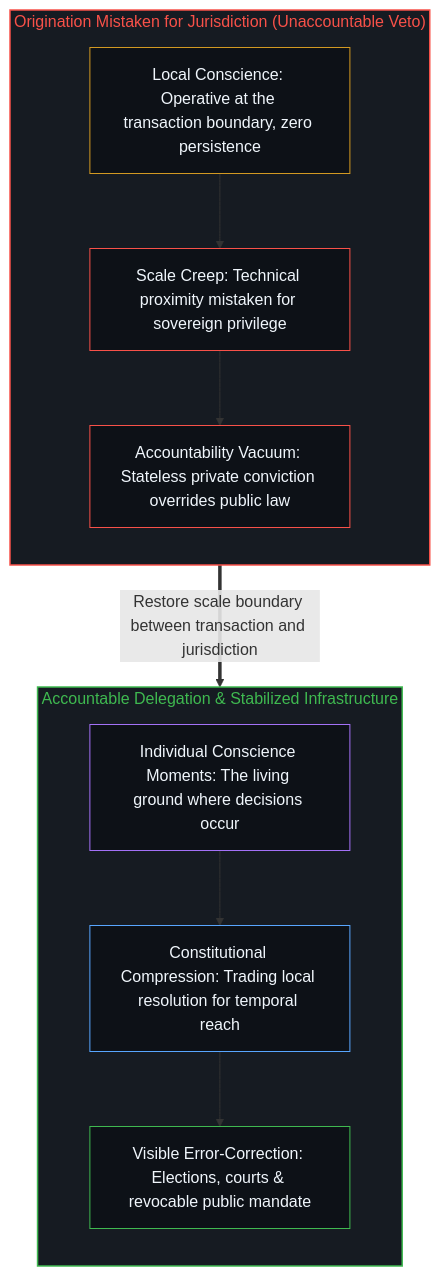
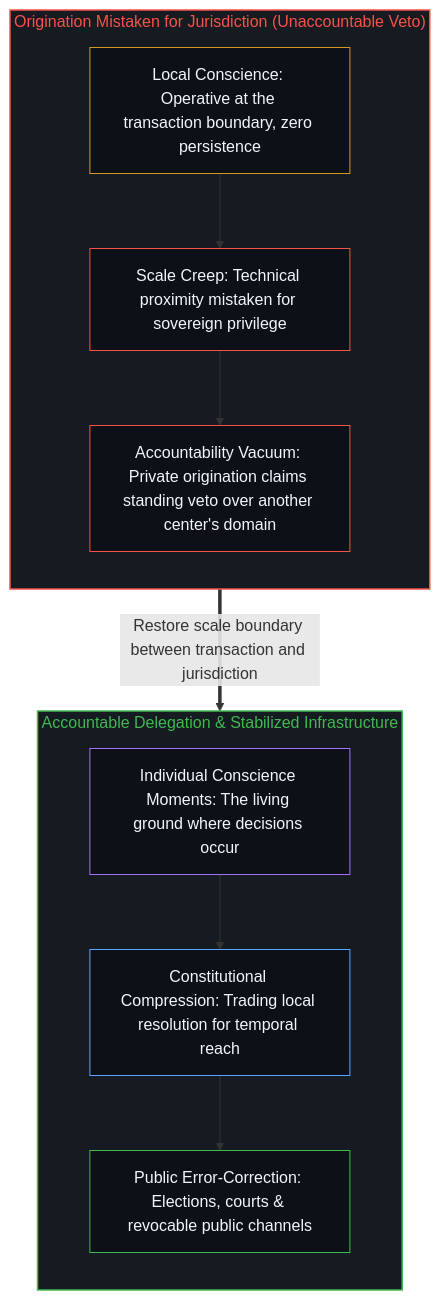
The second of 2 diagrams in content/posts/conscience-power-delegation.md (powerpig99/not-a-toe), drawn with Mermaid before and after one commit. The commit also changed other lines of this file and 7 other files, not shown here.

````diff
--- a/content/posts/conscience-power-delegation.md
+++ b/content/posts/conscience-power-delegation.md
@@ -74,26 +74,26 @@
 ```mermaid
 flowchart TD
     subgraph S_Orig["Origination Mistaken for Jurisdiction (Unaccountable Veto)"]
         direction TB
         O_Local["Local Conscience: Operative at the transaction boundary, zero persistence"]
         O_Creep["Scale Creep: Technical proximity mistaken for sovereign privilege"]
-        O_Vacuum["Accountability Vacuum: Stateless private conviction overrides public law"]
+        O_Vacuum["Accountability Vacuum: Private origination claims standing veto over another center's domain"]
         O_Local --> O_Creep --> O_Vacuum
     end
     subgraph S_Deleg["Accountable Delegation & Stabilized Infrastructure"]
         direction TB
         D_Ground["Individual Conscience Moments: The living ground where decisions occur"]
         D_Compress["Constitutional Compression: Trading local resolution for temporal reach"]
-        D_Correct["Visible Error-Correction: Elections, courts & revocable public mandate"]
+        D_Correct["Public Error-Correction: Elections, courts & revocable public channels"]
         D_Ground --> D_Compress --> D_Correct
     end
     O_Vacuum ==>|"Restore scale boundary between transaction and jurisdiction"| D_Ground
     style S_Orig fill:#161b22,stroke:#f85149,stroke-width:1.5px,color:#f85149
     style S_Deleg fill:#161b22,stroke:#3fb950,stroke-width:1.5px,color:#3fb950
     style O_Local fill:#0d1117,stroke:#d29922,stroke-width:1px,color:#f0f6fc
     style O_Creep fill:#0d1117,stroke:#f85149,stroke-width:1px,color:#f0f6fc
     style O_Vacuum fill:#0d1117,stroke:#f85149,stroke-width:1px,color:#f0f6fc
     style D_Ground fill:#0d1117,stroke:#a371f7,stroke-width:1px,color:#f0f6fc
     style D_Compress fill:#0d1117,stroke:#58a6ff,stroke-width:1px,color:#f0f6fc
     style D_Correct fill:#0d1117,stroke:#3fb950,stroke-width:1px,color:#f0f6fc
 ```
````
